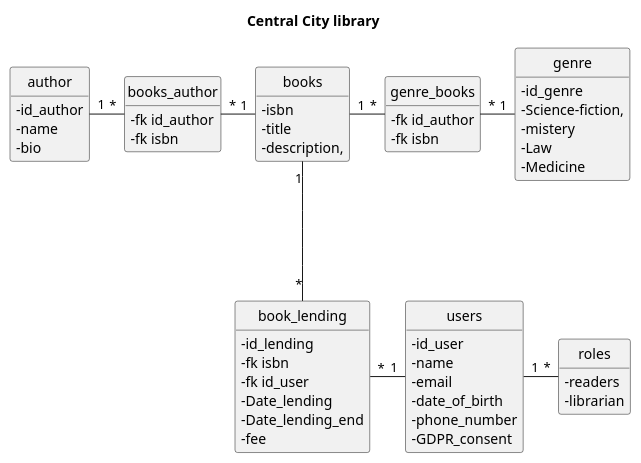
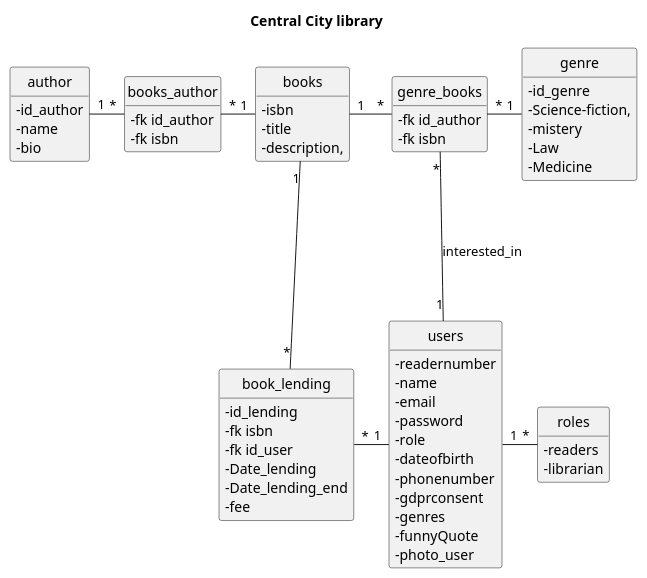
One commit to GODinho211/psoft-project-G2 changed the diagram in docs/Phase_1/DM.puml. Above: the diagram before and after it, drawn with PlantUML. The commit also changed 21 other files, not shown here.

Commit message:
Diagramas das user storys 11,12,13,26,28,29 added and update in the domain model

```diff
--- a/docs/Phase_1/DM.puml
+++ b/docs/Phase_1/DM.puml
@@ -1,92 +1,97 @@
 @startuml
 'https://plantuml.com/class-diagram
 skinparam classAttributeIconSize 0
 hide circle
 hide methods
 
 
 Title Central City library
 
 
 class author {
 
     - id_author
     - name
     - bio
 
 }
 
 class users {
 
-    - id_user
-    - name
-    - email
-    - date_of_birth
-    - phone_number
-    - GDPR_consent
+    -  readernumber
+    -  name
+    -  email
+    -  password
+    -  role
+    -  dateofbirth
+    -  phonenumber
+    -  gdprconsent
+    -  genres
+    -  funnyQuote
+    -  photo_user
 
 }
-
 class book_lending {
 
     - id_lending
     - fk isbn
     - fk id_user
     - Date_lending
     - Date_lending_end
     - fee
 
 
 }
 
 class books {
 
     - isbn
     - title
     - description,
     - author(s)
 }
 
 class genre {
 
     - id_genre
     - Science-fiction,
     - mistery
     - Law
     - Medicine
 
 }
 
 class roles {
 
     - readers
     - librarian
 
 }
 
 
 class books_author {
 
  -fk id_author
  -fk isbn
 }
 
 class genre_books {
 
  -fk id_author
  -fk isbn
 }
 
 author "1" -right-- "*" books_author
 books "1" -left-- "*" books_author
 genre "1" -left-- "*" genre_books
 books "1" -right-- "*" genre_books
 books "1" -down-- "*" book_lending
 users "1" -left-- "*" book_lending
 users "1" -right-- "*" roles
+users "1" -up-- "*" genre_books : interested_in
 
 
 
 
 
 @enduml
```
